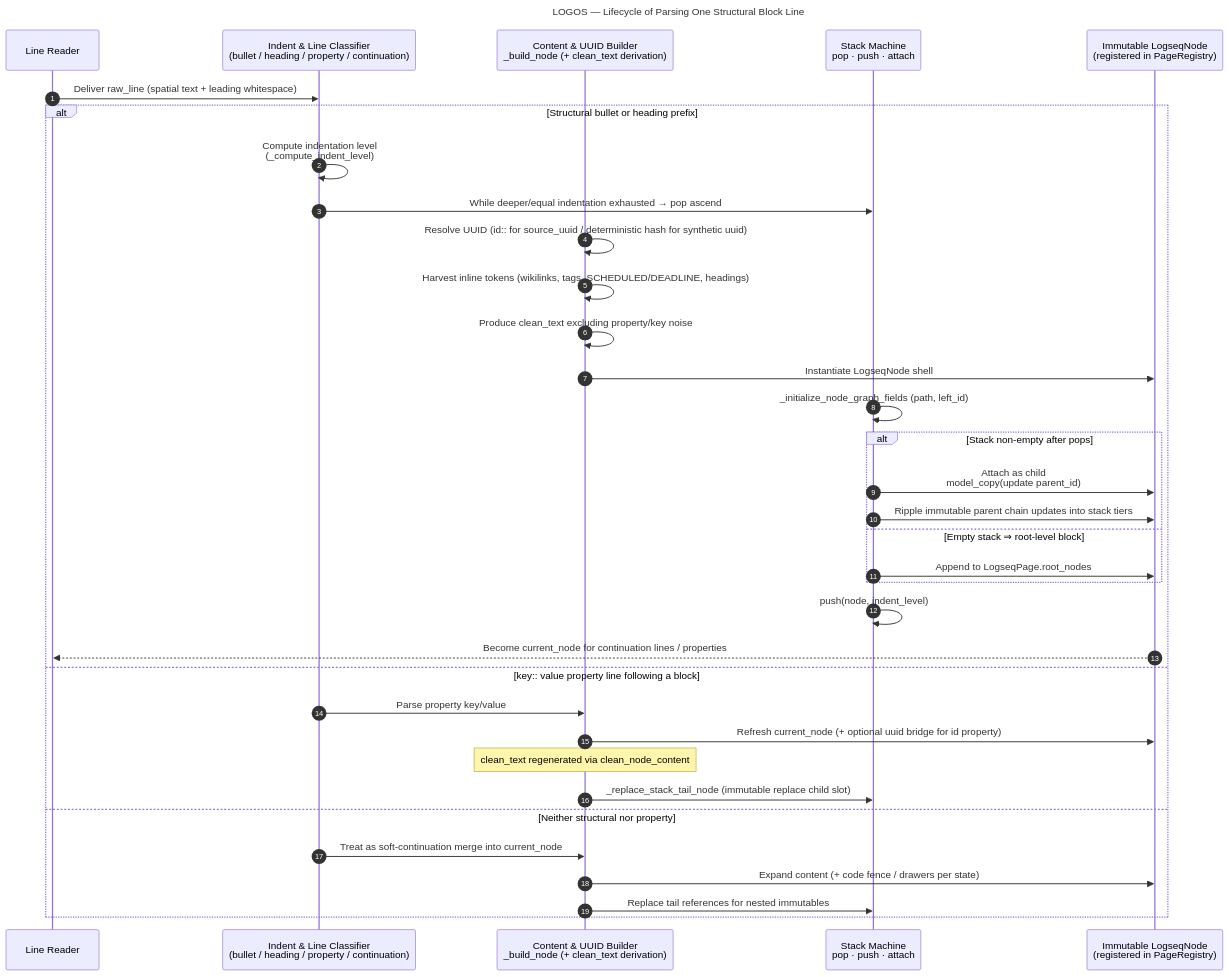
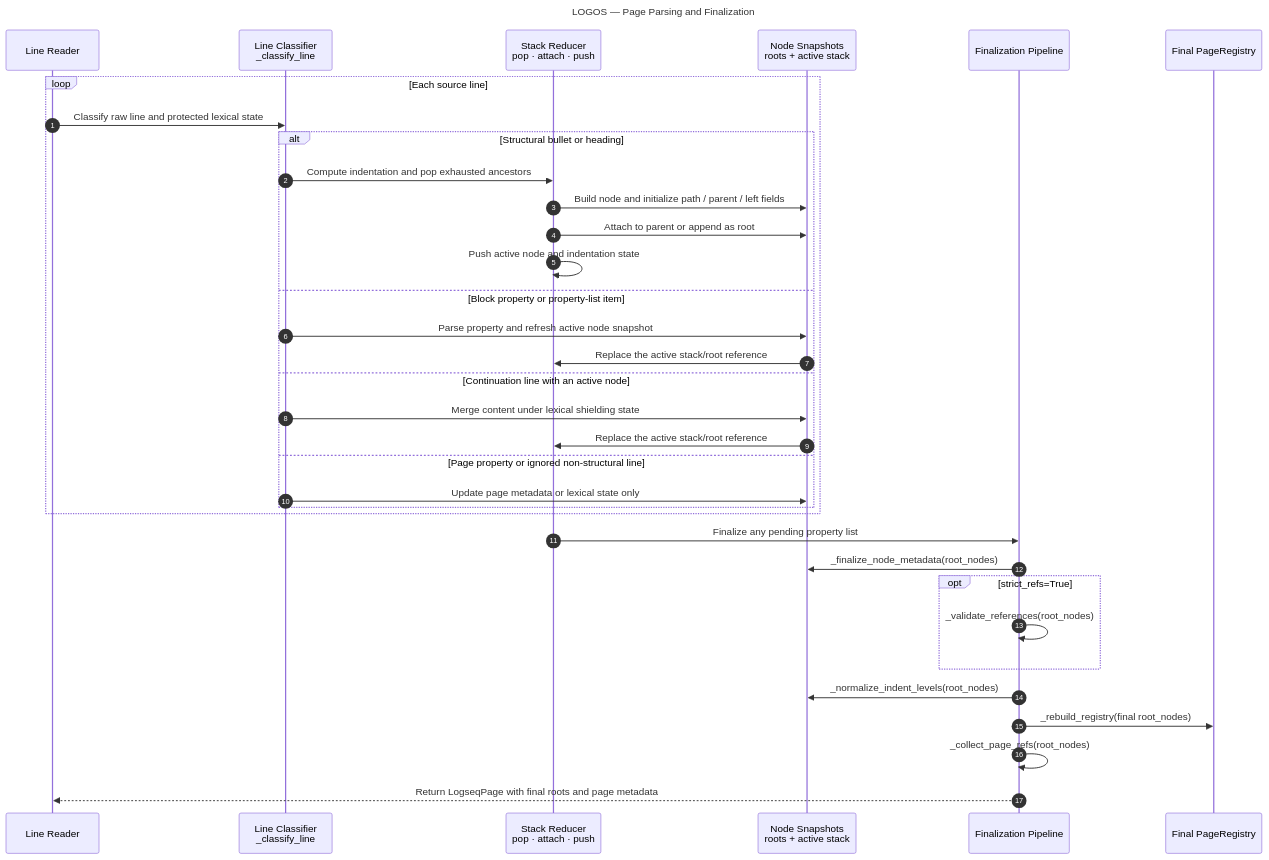
Before and after one commit to MarcoPorcellato/logseq-matryca-parser: the sixth of 6 diagrams in docs/ARCHITECTURE.md, drawn with Mermaid. The commit also changed other lines of this file and 12 other files, not shown here.

Commit message:
fix: align graph paths and documentation

````diff
--- a/docs/ARCHITECTURE.md
+++ b/docs/ARCHITECTURE.md
@@ -565,43 +589,41 @@
 ```mermaid
 ---
-title: LOGOS — Lifecycle of Parsing One Structural Block Line
+title: LOGOS — Page Parsing and Finalization
 ---
 sequenceDiagram
   autonumber
   participant LR as Line Reader
-  participant INV as Indent & Line Classifier<br/>(bullet / heading / property / continuation)
-  participant PSI as Content & UUID Builder<br/>_build_node (+ clean_text derivation)
-  participant STK as Stack Machine<br/>pop · push · attach
-  participant AST as Immutable LogseqNode<br/>(registered in PageRegistry)
+  participant CLS as Line Classifier<br/>_classify_line
+  participant STK as Stack Reducer<br/>pop · attach · push
+  participant AST as Node Snapshots<br/>roots + active stack
+  participant FIN as Finalization Pipeline
+  participant REG as Final PageRegistry
 
-  LR->>INV: Deliver raw_line (spatial text + leading whitespace)
+  loop Each source line
+    LR->>CLS: Classify raw line and protected lexical state
+    alt Structural bullet or heading
+      CLS->>STK: Compute indentation and pop exhausted ancestors
+      STK->>AST: Build node and initialize path / parent / left fields
+      STK->>AST: Attach to parent or append as root
+      STK->>STK: Push active node and indentation state
+    else Block property or property-list item
+      CLS->>AST: Parse property and refresh active node snapshot
+      AST->>STK: Replace the active stack/root reference
+    else Continuation line with an active node
+      CLS->>AST: Merge content under lexical shielding state
+      AST->>STK: Replace the active stack/root reference
+    else Page property or ignored non-structural line
+      CLS->>AST: Update page metadata or lexical state only
+    end
+  end
 
-  alt Structural bullet or heading prefix
-    INV->>INV: Compute indentation level<br/>(_compute_indent_level)
-    INV->>STK: While deeper/equal indentation exhausted → pop ascend
-    PSI->>PSI: Resolve UUID (id:: for source_uuid / deterministic hash for synthetic uuid)
-    PSI->>PSI: Harvest inline tokens (wikilinks, tags, SCHEDULED/DEADLINE, headings)
-    PSI->>PSI: Produce clean_text excluding property/key noise
-    PSI->>AST: Instantiate LogseqNode shell
-    STK->>STK: _initialize_node_graph_fields (path, left_id)
-    alt Stack non-empty after pops
-      STK->>AST: Attach as child<br/>model_copy(update parent_id)
-      STK->>AST: Ripple immutable parent chain updates into stack tiers
-    else Empty stack ⇒ root-level block
-      STK->>AST: Append to LogseqPage.root_nodes
-    end
-    STK->>STK: push(node, indent_level)
-    AST-->>LR: Become current_node for continuation lines / properties
-
-  else key:: value property line following a block
-    INV->>PSI: Parse property key/value
-    PSI->>AST: Refresh current_node (+ optional uuid bridge for id property)
-    Note over PSI: clean_text regenerated via clean_node_content
-    PSI->>STK: _replace_stack_tail_node (immutable replace child slot)
-
-  else Neither structural nor property
-    INV->>PSI: Treat as soft-continuation merge into current_node
-    PSI->>AST: Expand content (+ code fence / drawers per state)
-    PSI->>STK: Replace tail references for nested immutables
+  STK->>FIN: Finalize any pending property list
+  FIN->>AST: _finalize_node_metadata(root_nodes)
+  opt strict_refs=True
+    FIN->>FIN: _validate_references(root_nodes)
   end
+  FIN->>AST: _normalize_indent_levels(root_nodes)
+  FIN->>REG: _rebuild_registry(final root_nodes)
+  FIN->>FIN: _collect_page_refs(root_nodes)
+  FIN-->>LR: Return LogseqPage with final roots and page metadata
 ```
````
